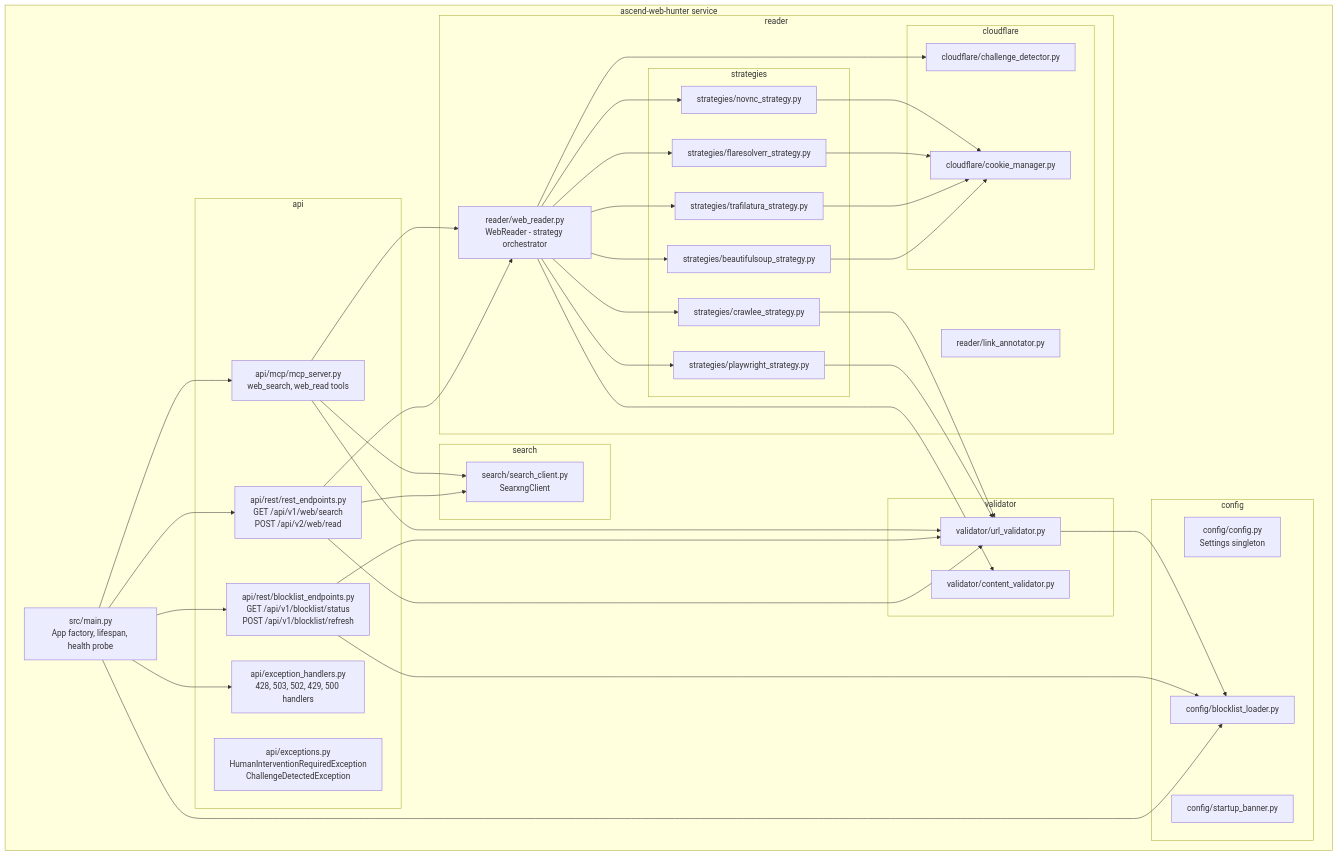
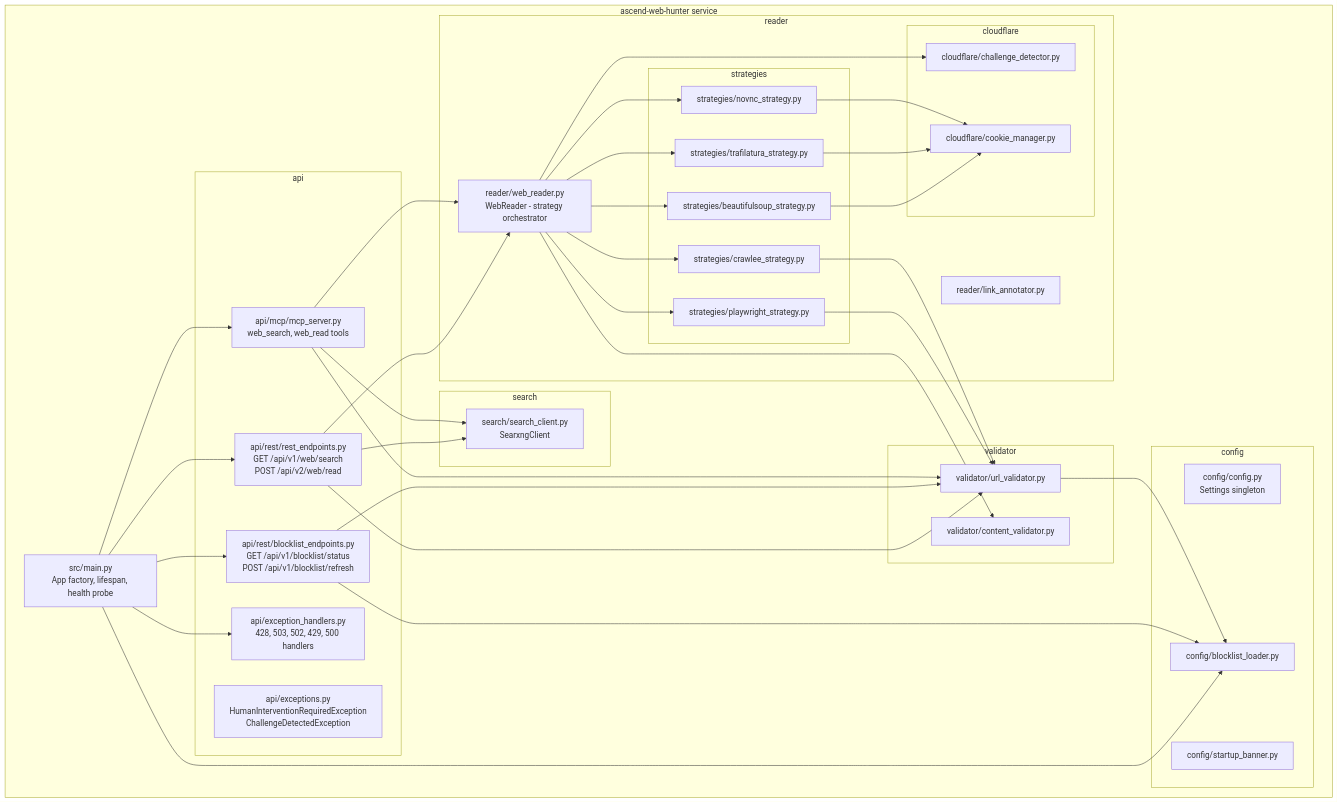
The diagram in apps/ascend-web-hunter/docs/architecture/arc42/05-building-block-view.md (Lukk17/AscendAI), drawn with Mermaid before and after one commit. The commit also changed other lines of this file and 84 other files, not shown here.

````diff
--- a/apps/ascend-web-hunter/docs/architecture/arc42/05-building-block-view.md
+++ b/apps/ascend-web-hunter/docs/architecture/arc42/05-building-block-view.md
@@ -7,75 +7,72 @@
 ```mermaid
 graph TB
     subgraph "ascend-web-hunter service"
         main["src/main.py<br/>App factory, lifespan, health probe"]
 
         subgraph "api"
             rest["api/rest/rest_endpoints.py<br/>GET /api/v1/web/search<br/>POST /api/v2/web/read"]
             blocklistapi["api/rest/blocklist_endpoints.py<br/>GET /api/v1/blocklist/status<br/>POST /api/v1/blocklist/refresh"]
             mcp["api/mcp/mcp_server.py<br/>web_search, web_read tools"]
             exc["api/exception_handlers.py<br/>428, 503, 502, 429, 500 handlers"]
             exceptions["api/exceptions.py<br/>HumanInterventionRequiredException<br/>ChallengeDetectedException"]
         end
 
         subgraph "reader"
             webreader["reader/web_reader.py<br/>WebReader - strategy orchestrator"]
             subgraph "strategies"
                 bs["strategies/beautifulsoup_strategy.py"]
                 traf["strategies/trafilatura_strategy.py"]
-                flare["strategies/flaresolverr_strategy.py"]
                 pw["strategies/playwright_strategy.py"]
                 crawlee["strategies/crawlee_strategy.py"]
                 novnc["strategies/novnc_strategy.py"]
             end
             subgraph "cloudflare"
                 detector["cloudflare/challenge_detector.py"]
                 cookies["cloudflare/cookie_manager.py"]
             end
             annotator["reader/link_annotator.py"]
         end
 
         subgraph "search"
             searxng["search/search_client.py<br/>SearxngClient"]
         end
 
         subgraph "validator"
             content["validator/content_validator.py"]
             url["validator/url_validator.py"]
         end
 
         subgraph "config"
             cfg["config/config.py<br/>Settings singleton"]
             blocklist["config/blocklist_loader.py"]
             banner["config/startup_banner.py"]
         end
     end
 
     main --> rest
     main --> blocklistapi
     main --> mcp
     main --> exc
     main --> blocklist
     rest --> webreader
     rest --> searxng
     rest --> url
     blocklistapi --> blocklist
     blocklistapi --> url
     url --> blocklist
     mcp --> webreader
     mcp --> searxng
     mcp --> url
     webreader --> bs
     webreader --> traf
-    webreader --> flare
     webreader --> pw
     webreader --> crawlee
     webreader --> novnc
     webreader --> content
     webreader --> detector
     bs --> cookies
     traf --> cookies
-    flare --> cookies
     novnc --> cookies
     pw --> url
     crawlee --> url
 ```
````
